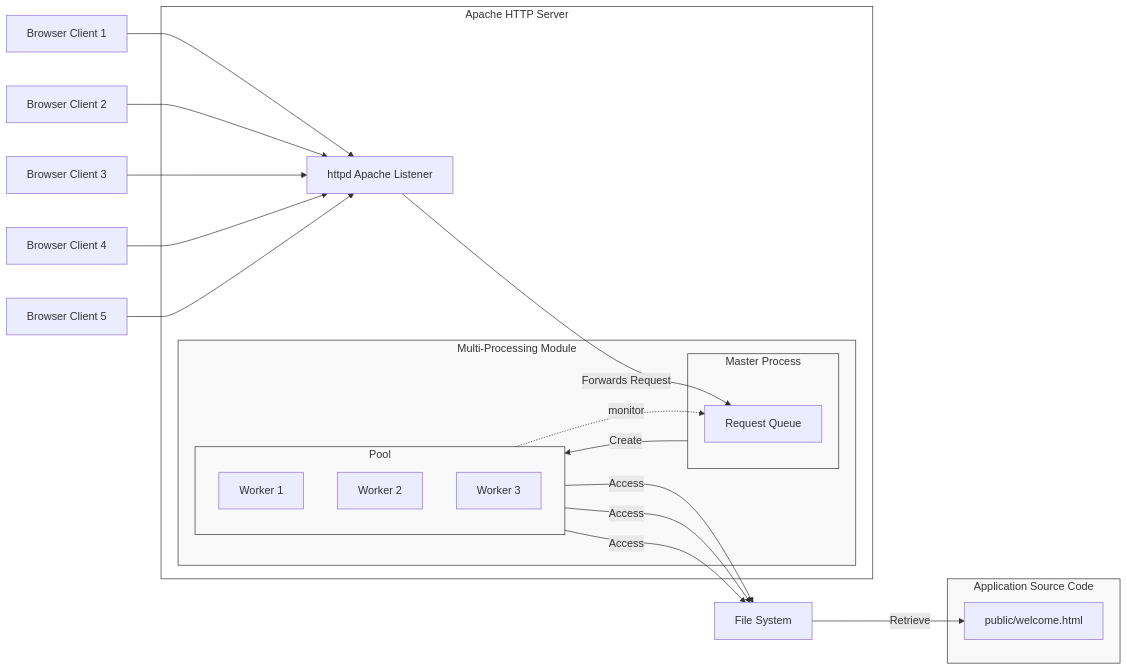
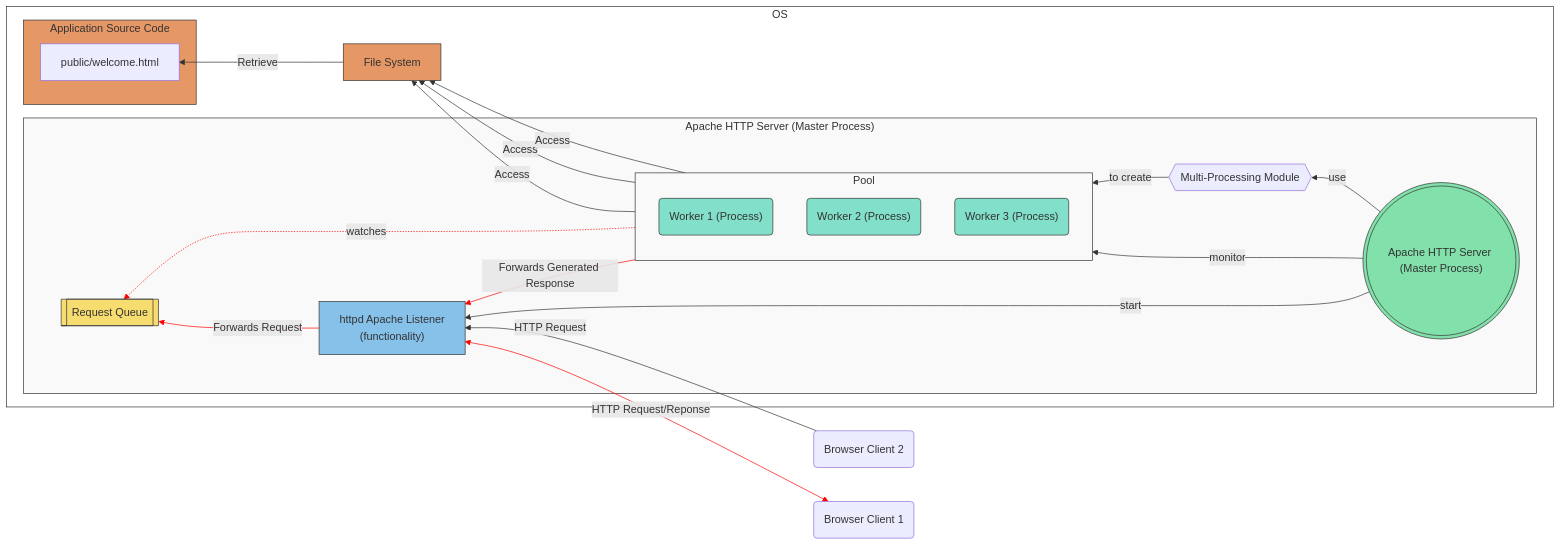
One commit to bytejutsu/report changed the fourth of 6 diagrams in part_2_understanding_web_applications/chapter_2_introduction_to_web_applications/2_web_server.md. Above: the diagram before and after it, drawn with Mermaid. The commit also changed other lines of this file and 3 other files, not shown here.

````diff
--- a/part_2_understanding_web_applications/chapter_2_introduction_to_web_applications/2_web_server.md
+++ b/part_2_understanding_web_applications/chapter_2_introduction_to_web_applications/2_web_server.md
@@ -142,38 +144,46 @@
 ```mermaid
 
-graph LR;
-  Browser1[Browser Client 1] --> HttpdModule;
-  Browser2[Browser Client 2] --> HttpdModule;
-  Browser3[Browser Client 3] --> HttpdModule;
-  Browser4[Browser Client 4] --> HttpdModule;
-  Browser5[Browser Client 5] --> HttpdModule;
-  subgraph Apache[Apache HTTP Server]
-    style Apache fill:#ffffff00,stroke:#333;
-    HttpdModule[httpd Apache Listener] -->|Forwards Request| Queue;
-    subgraph MPM[Multi-Processing Module]
-        style MPM fill:#f9f9f9,stroke:#333;
-        subgraph MasterProcess[Master Process]
-            style MasterProcess fill:#f9f9f9,stroke:#333;
-            Queue[Request Queue];
+graph RL;
+  Browser1(Browser Client 1) <--> |HTTP Request/Reponse|HttpdModule;
+  Browser2(Browser Client 2) --> |HTTP Request|HttpdModule;
+  subgraph OS[OS]
+    style OS fill:#ffffff00,stroke:#333;
+    subgraph Apache["Apache HTTP Server (Master Process)"]
+        HttpdModule["httpd Apache Listener<br>(functionality)"] -->|Forwards Request| Queue;
+        MP((("Apache HTTP Server (Master Process)"))) -->|use|MPM;
+        MP --> |monitor|Pool;
+        MP --> |start|HttpdModule;
+        MPM --> |to create|Pool;
+        style Apache fill:#f9f9f9,stroke:#333;
+        Queue[[Request Queue]];
+        MPM{{Multi-Processing Module}}
+        subgraph Pool[Pool]
+            direction TB;
+            style Pool fill:#f9f9f9,stroke:#333;
+            Worker1("Worker 1 (Process)");
+            Worker2("Worker 2 (Process)");
+            Worker3("Worker 3 (Process)");
         end
-        MasterProcess -->|Create| Pool;
-        Worker1 -. monitor .-> Queue;
-        subgraph Pool[Pool]
-            direction TB
-            style Pool fill:#f9f9f9,stroke:#333;
-            Worker1[Worker 1];
-            Worker2[Worker 2];
-            Worker3[Worker 3];
-        end
+        Pool -. "watches" .-> Queue;
+    end
+    Worker1 -->|Access| FileSystem[File System];
+    Worker1 -->|Forwards Generated Response|HttpdModule;
+    Worker2 -->|Access| FileSystem;
+    Worker3 -->|Access| FileSystem;
+    FileSystem -->|Retrieve| WelcomePage[public/welcome.html];
+    subgraph SourceCode[Application Source Code]
+        style SourceCode fill:#f9f9f9,stroke:#333;
+        WelcomePage[public/welcome.html];
     end
   end
-  Worker1 -->|Access| FileSystem[File System];
-  Worker2 -->|Access| FileSystem;
-  Worker3 -->|Access| FileSystem;
-  FileSystem -->|Retrieve| WelcomePage[public/welcome.html];
-  subgraph SourceCode[Application Source Code]
-    style SourceCode fill:#f9f9f9,stroke:#333;
-    WelcomePage[public/welcome.html];
-  end
+  style HttpdModule fill:#85C1E9,stroke:#333;
+  style Queue fill:#F7DC6F,stroke:#333;
+  style Worker1 fill:#82E0CA,stroke:#333;
+  style Worker2 fill:#82E0CA,stroke:#333;
+  style Worker3 fill:#82E0CA,stroke:#333;
+  style FileSystem fill:#E59866,stroke:#333;
+  style SourceCode fill:#E59866,stroke:#333;
+  style MP fill:#82E0AA,stroke:#333;
+  linkStyle 0,2,7,9 stroke: red;
 
 ```
````
